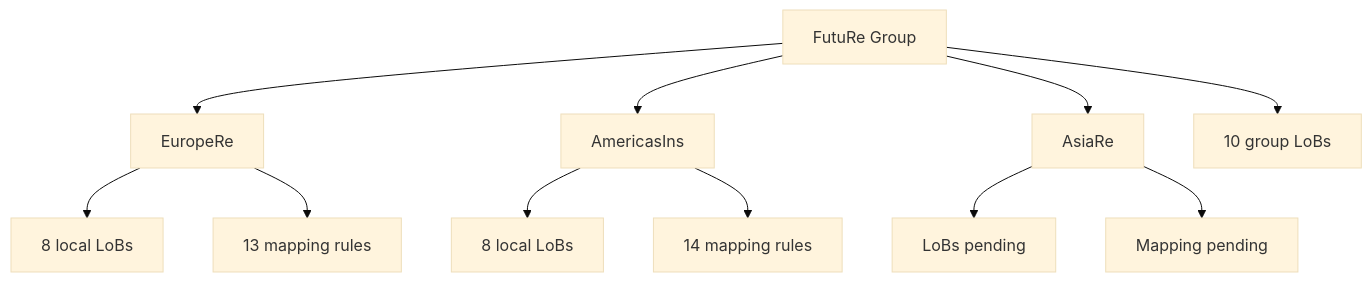
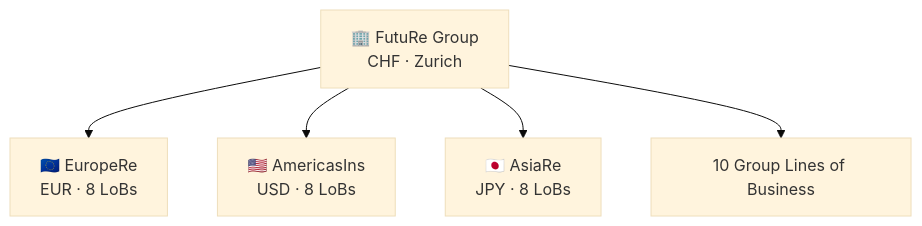
The diagram in samples/Graph/Data/FutuRe/index.md (Systemorph/MeshWeaver), drawn with Mermaid (base theme) before and after one commit. The commit also changed other lines of this file and 37 other files, not shown here.

````diff
--- a/samples/Graph/Data/FutuRe/index.md
+++ b/samples/Graph/Data/FutuRe/index.md
@@ -13,28 +13,15 @@
 ```mermaid
 graph TD
-    G[FutuRe Group]
+    G[🏢 FutuRe Group<br/>CHF · Zurich]
 
-    G --> EUR[EuropeRe]
-    G --> AME[AmericasIns]
-    G --> ASIA[AsiaRe]
+    G --> EUR[🇪🇺 EuropeRe<br/>EUR · 8 LoBs]
+    G --> AME[🇺🇸 AmericasIns<br/>USD · 8 LoBs]
+    G --> ASIA[🇯🇵 AsiaRe<br/>JPY · 8 LoBs]
 
-    EUR --> EUR_LOB[8 local LoBs]
-    EUR --> EUR_MAP[13 mapping rules]
-
-    AME --> AME_LOB[8 local LoBs]
-    AME --> AME_MAP[14 mapping rules]
-
-    ASIA --> ASIA_LOB[LoBs pending]
-    ASIA --> ASIA_MAP[Mapping pending]
-
-    G --> G_LOB[10 group LoBs]
+    G --> G_LOB[10 Group Lines of Business]
 
     click EUR "FutuRe/EuropeRe"
     click AME "FutuRe/AmericasIns"
     click ASIA "FutuRe/AsiaRe"
-    click EUR_LOB "FutuRe/EuropeRe/LineOfBusiness/Search"
-    click EUR_MAP "FutuRe/EuropeRe/TransactionMapping/MappingRules"
-    click AME_LOB "FutuRe/AmericasIns/LineOfBusiness/Search"
-    click AME_MAP "FutuRe/AmericasIns/TransactionMapping/MappingRules"
     click G_LOB "FutuRe/LineOfBusiness/Search"
 ```
````
